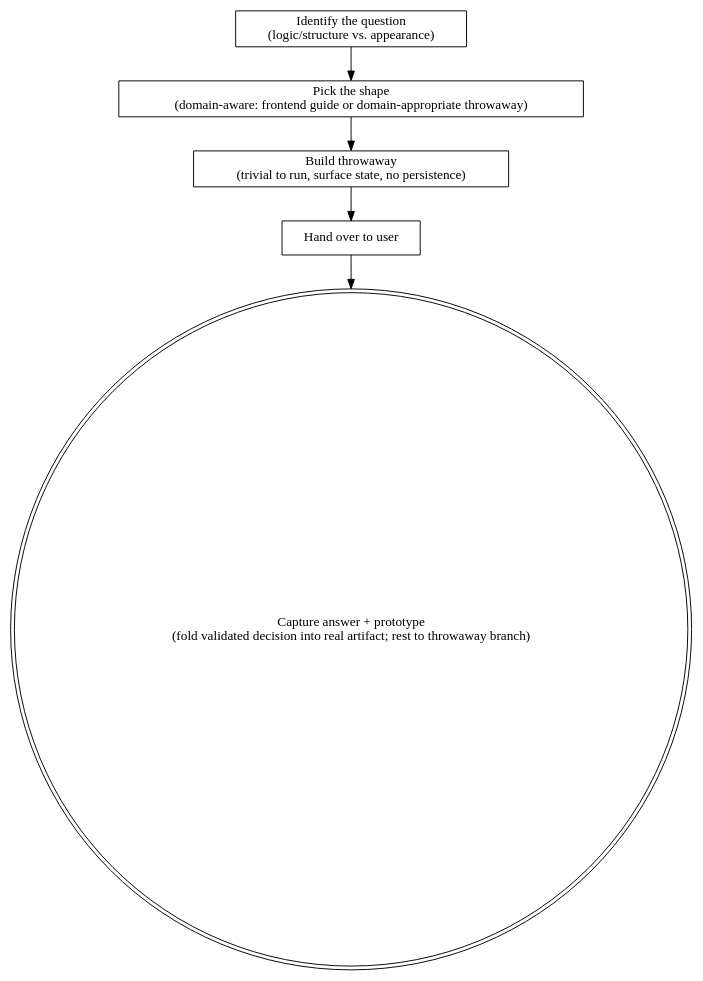
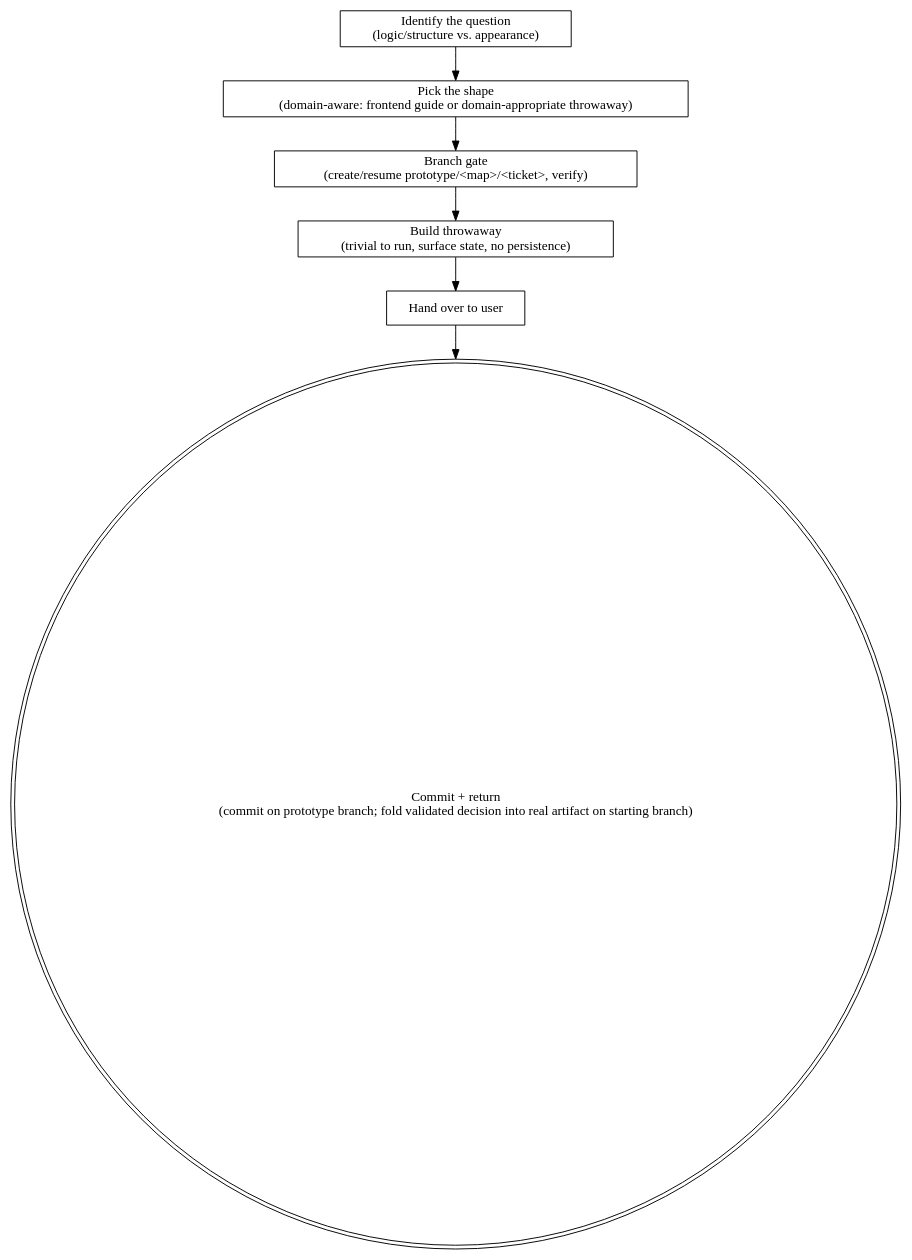
One commit to caiorcferreira/hamilton changed the diagram in skills/hamilton-wayfinder-prototype/SKILL.md. Above: the diagram before and after it, drawn with Graphviz. The commit also changed other lines of this file and 22 other files, not shown here.

````diff
--- a/skills/hamilton-wayfinder-prototype/SKILL.md
+++ b/skills/hamilton-wayfinder-prototype/SKILL.md
@@ -39,14 +50,16 @@
 ```dot
 digraph hamilton_wayfinder_prototype {
     "Identify the question\n(logic/structure vs. appearance)" [shape=box];
     "Pick the shape\n(domain-aware: frontend guide or domain-appropriate throwaway)" [shape=box];
+    "Branch gate\n(create/resume prototype/<map>/<ticket>, verify)" [shape=box];
     "Build throwaway\n(trivial to run, surface state, no persistence)" [shape=box];
     "Hand over to user" [shape=box];
-    "Capture answer + prototype\n(fold validated decision into real artifact; rest to throwaway branch)" [shape=doublecircle];
+    "Commit + return\n(commit on prototype branch; fold validated decision into real artifact on starting branch)" [shape=doublecircle];
 
     "Identify the question\n(logic/structure vs. appearance)" -> "Pick the shape\n(domain-aware: frontend guide or domain-appropriate throwaway)";
-    "Pick the shape\n(domain-aware: frontend guide or domain-appropriate throwaway)" -> "Build throwaway\n(trivial to run, surface state, no persistence)";
+    "Pick the shape\n(domain-aware: frontend guide or domain-appropriate throwaway)" -> "Branch gate\n(create/resume prototype/<map>/<ticket>, verify)";
+    "Branch gate\n(create/resume prototype/<map>/<ticket>, verify)" -> "Build throwaway\n(trivial to run, surface state, no persistence)";
     "Build throwaway\n(trivial to run, surface state, no persistence)" -> "Hand over to user";
-    "Hand over to user" -> "Capture answer + prototype\n(fold validated decision into real artifact; rest to throwaway branch)";
+    "Hand over to user" -> "Commit + return\n(commit on prototype branch; fold validated decision into real artifact on starting branch)";
 }
 ```
````
